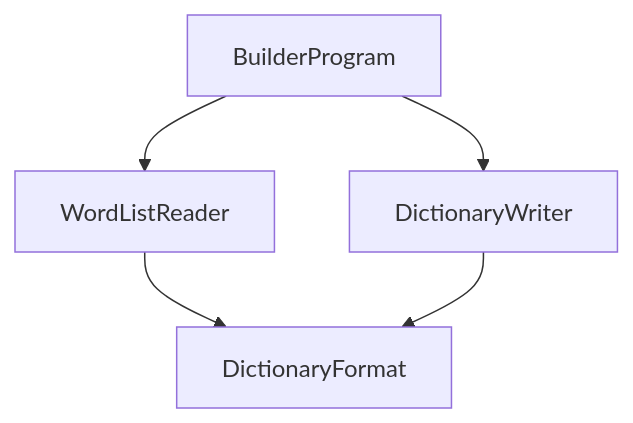
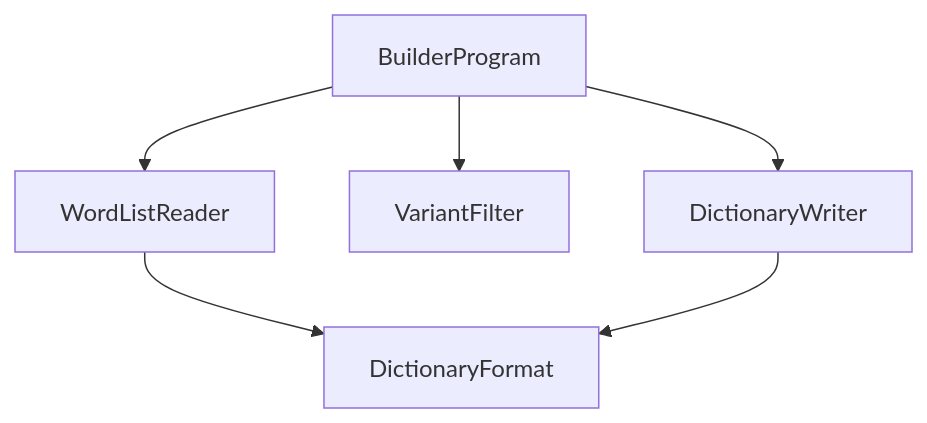
Before and after one commit to demaconsulting/TextLint: the diagram in docs/design/dictionary-builder.md, drawn with Mermaid. The commit also changed other lines of this file and 58 other files, not shown here.

````diff
--- a/docs/design/dictionary-builder.md
+++ b/docs/design/dictionary-builder.md
@@ -16,11 +16,13 @@
 ```mermaid
 flowchart TD
     BuilderProgram
     WordListReader
+    VariantFilter
     DictionaryWriter
     DictionaryFormat
     BuilderProgram --> WordListReader
+    BuilderProgram --> VariantFilter
     BuilderProgram --> DictionaryWriter
     WordListReader --> DictionaryFormat
     DictionaryWriter --> DictionaryFormat
 ```
````
